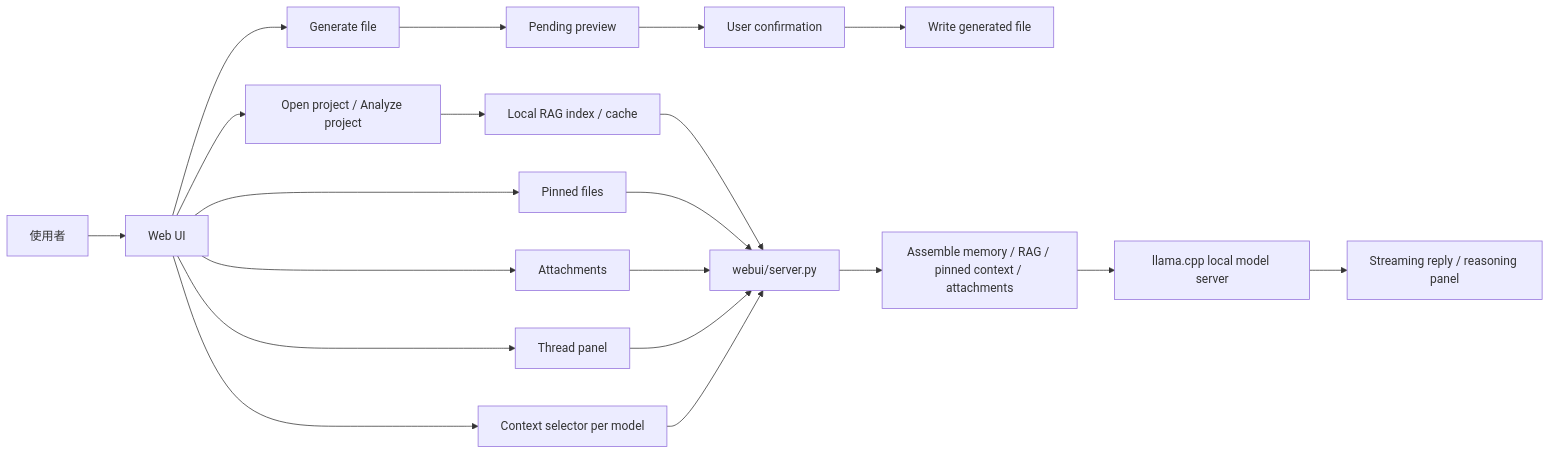
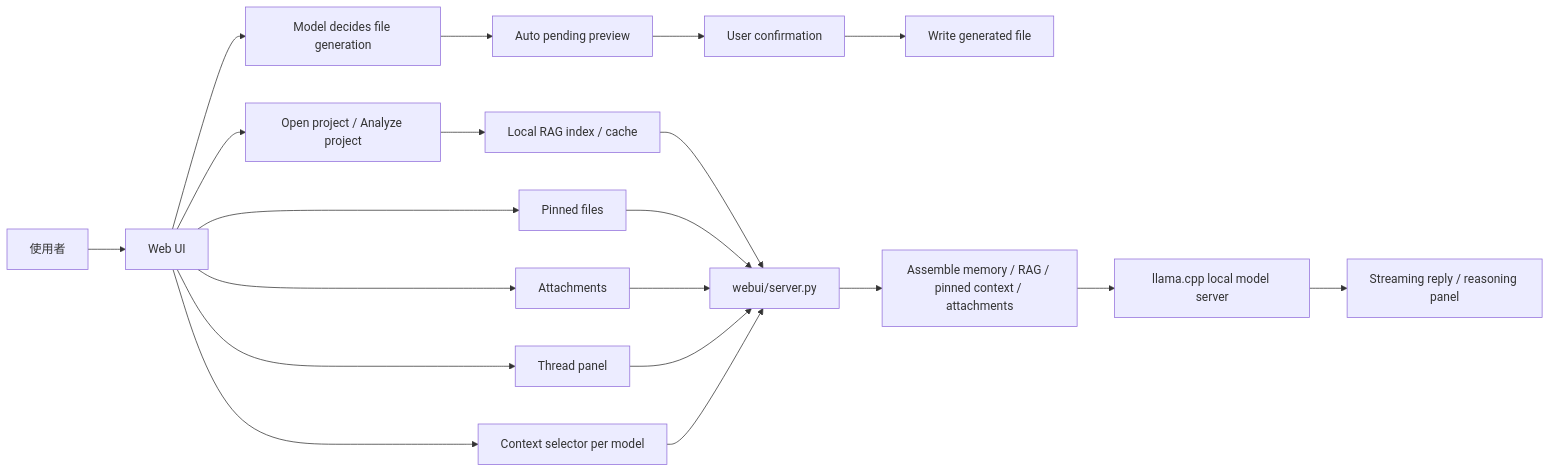
Before and after one commit to Lzxpan/CodeWorker: the diagram in README.md, drawn with Mermaid. The commit also changed other lines of this file and 6 other files, not shown here.

````diff
--- a/README.md
+++ b/README.md
@@ -169,22 +169,22 @@
 ```mermaid
 flowchart LR
     U["使用者"] --> W["Web UI"]
     W --> K["Context selector per model"]
     W --> T["Thread panel"]
     W --> O["Open project / Analyze project"]
     O --> I["Local RAG index / cache"]
     W --> P["Pinned files"]
     W --> F["Attachments"]
-    W --> G["Generate file"]
+    W --> G["Model decides file generation"]
     I --> S["webui/server.py"]
     P --> S
     F --> S
     T --> S
     K --> S
-    G --> A["Pending preview"]
+    G --> A["Auto pending preview"]
     A --> Q["User confirmation"]
     Q --> D["Write generated file"]
     S --> C["Assemble memory / RAG / pinned context / attachments"]
     C --> M["llama.cpp local model server"]
     M --> R["Streaming reply / reasoning panel"]
 ```
````
